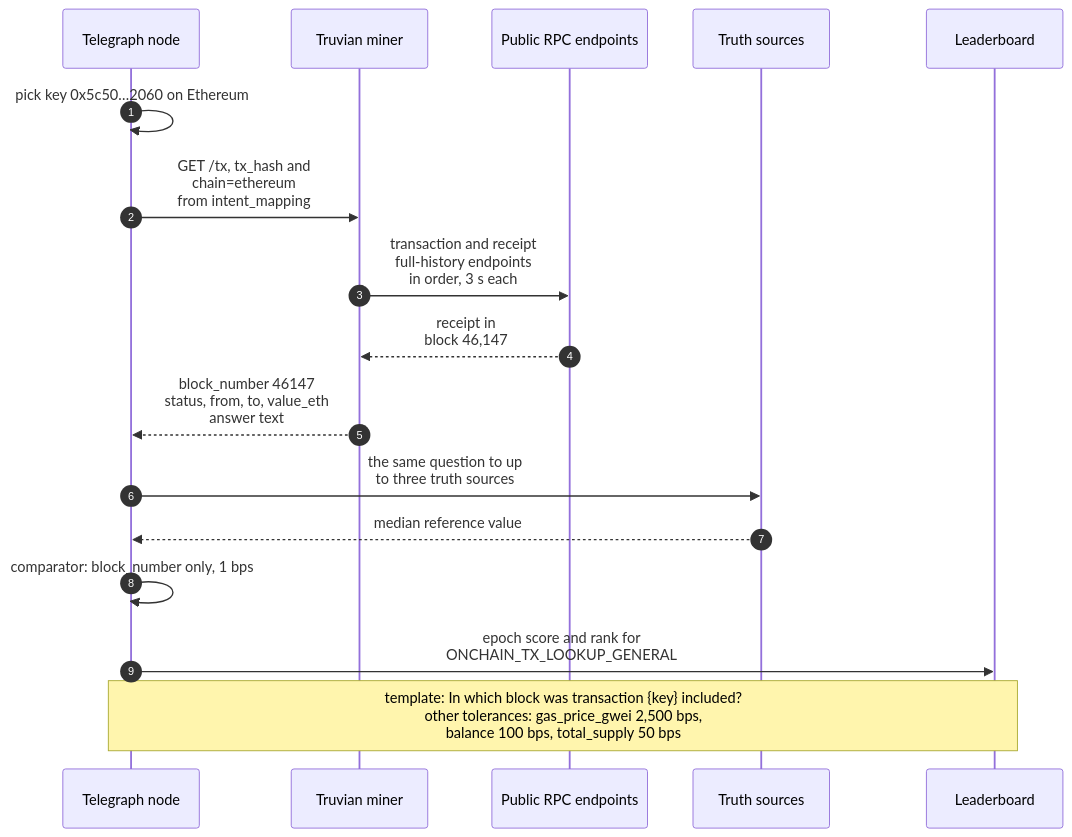
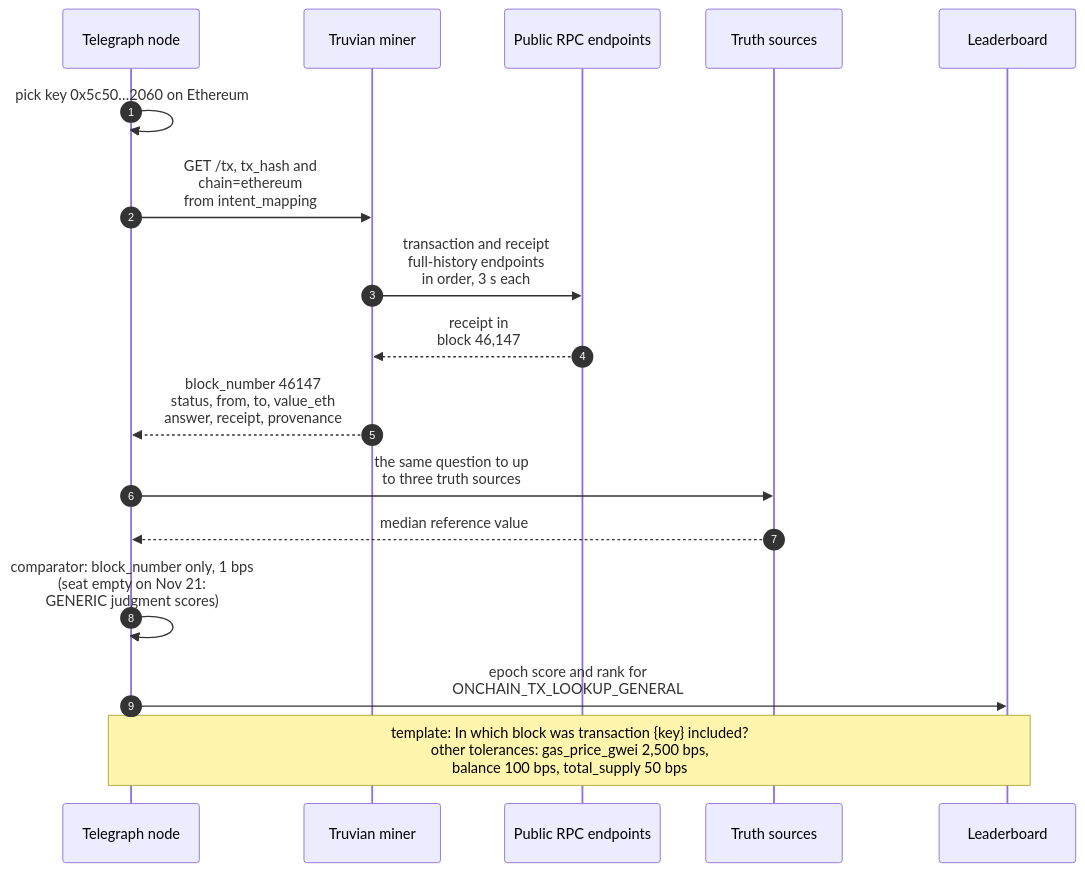
Before and after one commit to mrnetwork0001/Truvian: the fifth of 7 diagrams in README.md, drawn with Mermaid. The commit also changed other lines of this file and 1 other file, not shown here.

Commit message:
docs: say how /tx is scored today and what its reply holds
The README said the node reads a lookup by path, so only block_number
is scored and the answer text is for people. That is what the intent's
format configures, but no comparator holds the seat: on Nov 21 at 10:13
UTC the node resolved the transaction-lookup, wallet-balance and
total-supply intents to its GENERIC judgment model (generic_fallback
true), which reads the whole stored reply, keys sorted, first 512
tokens. Gas price is still scored by its comparator.

The README's answer section now says so, and says what the default
/tx reply holds (the transaction's facts, the receipt's outcome, gas
and total fee, and where it was read, on what terms), that
?detail=full brings back the calldata, transfers and fee parts, and
that an unknown hash answers not_found. The miner's landing page
describes /tx the same way.

````diff
--- a/README.md
+++ b/README.md
@@ -250,20 +250,20 @@
 ```mermaid
 sequenceDiagram
   autonumber
   participant N as Telegraph node
   participant R as Truvian miner
   participant P as Public RPC endpoints
   participant T as Truth sources
   participant L as Leaderboard
 
   N->>N: pick key 0x5c50…2060 on Ethereum
   N->>R: GET /tx, tx_hash and<br/>chain=ethereum<br/>from intent_mapping
   R->>P: transaction and receipt<br/>full-history endpoints<br/>in order, 3 s each
   P-->>R: receipt in<br/>block 46,147
-  R-->>N: block_number 46147<br/>status, from, to, value_eth<br/>answer text
+  R-->>N: block_number 46147<br/>status, from, to, value_eth<br/>answer, receipt, provenance
   N->>T: the same question to up<br/>to three truth sources
   T-->>N: median reference value
-  N->>N: comparator: block_number only, 1 bps
+  N->>N: comparator: block_number only, 1 bps<br/>(seat empty on Nov 21:<br/>GENERIC judgment scores)
   N->>L: epoch score and rank for<br/>ONCHAIN_TX_LOOKUP_GENERAL
   Note over N,L: template: In which block was transaction {key} included?<br/>other tolerances: gas_price_gwei 2,500 bps,<br/>balance 100 bps, total_supply 50 bps
 ```
````
